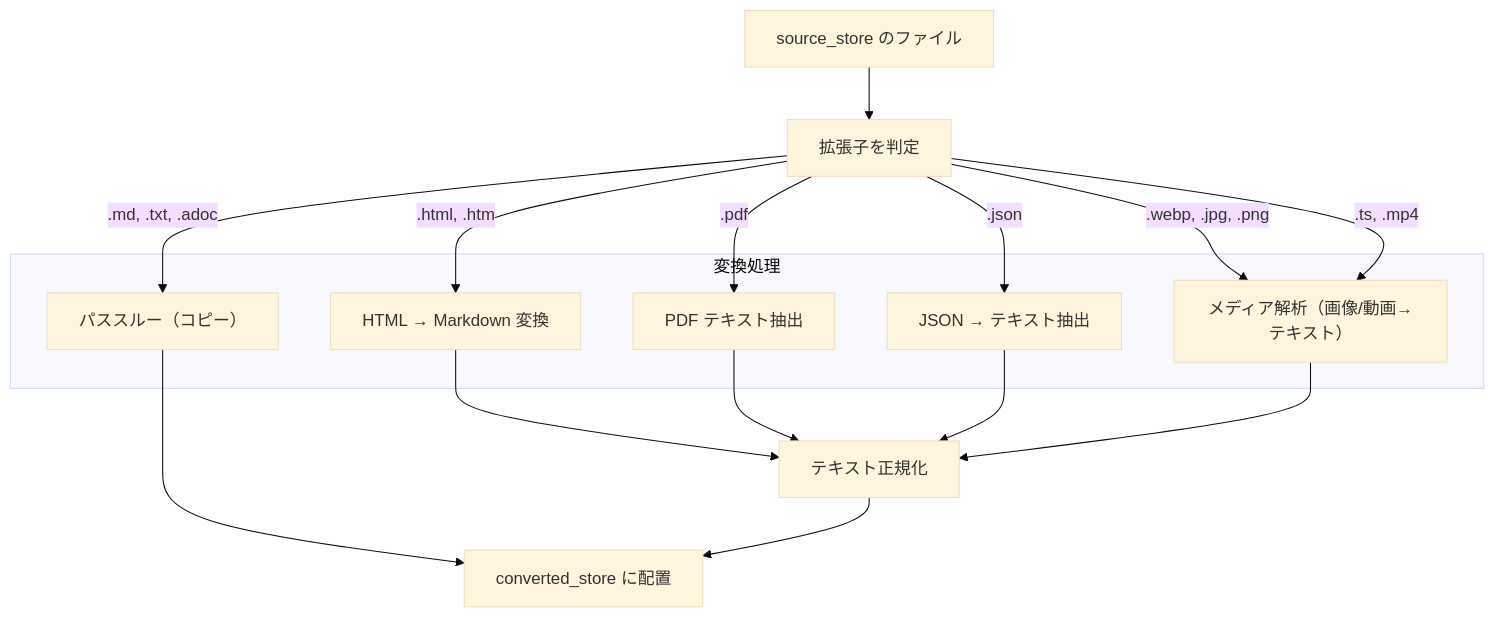
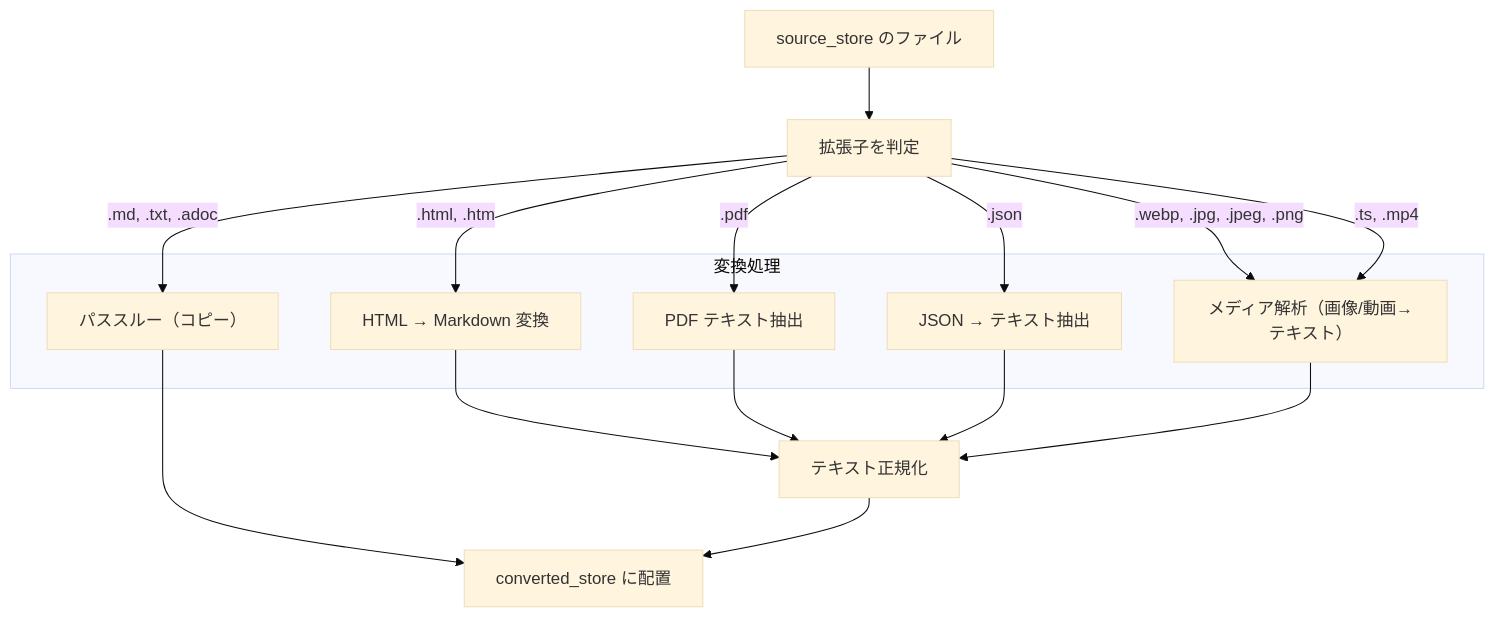
The diagram in docs/specs/converter.md (becky3/rag-knowledge), drawn with Mermaid (base theme) before and after one commit. The commit also changed 1 other file, not shown here.

Commit message:
fix: レビュー指摘対応 (PR #557)
- converter.md: mermaid フロー図に .jpeg 拡張子を追加
- media-analysis.md: LMSTUDIO_BASE_URL の正準形を明記し、エンドポイント表記を修正

````diff
--- a/docs/specs/converter.md
+++ b/docs/specs/converter.md
@@ -95,30 +95,30 @@
 ```mermaid
 flowchart TD
     INPUT["source_store のファイル"]
     EXT["拡張子を判定"]
 
     subgraph CONVERT["変換処理"]
         HTML["HTML → Markdown 変換"]
         PDF["PDF テキスト抽出"]
         JSON["JSON → テキスト抽出"]
         MEDIA["メディア解析（画像/動画→テキスト）"]
         PASS["パススルー（コピー）"]
     end
 
     NORM["テキスト正規化"]
     OUTPUT["converted_store に配置"]
 
     INPUT --> EXT
     EXT -->|.html, .htm| HTML
     EXT -->|.pdf| PDF
     EXT -->|.json| JSON
-    EXT -->|.webp, .jpg, .png| MEDIA
+    EXT -->|.webp, .jpg, .jpeg, .png| MEDIA
     EXT -->|.ts, .mp4| MEDIA
     EXT -->|.md, .txt, .adoc| PASS
     HTML --> NORM
     PDF --> NORM
     JSON --> NORM
     MEDIA --> NORM
     PASS --> OUTPUT
     NORM --> OUTPUT
 ```
````
